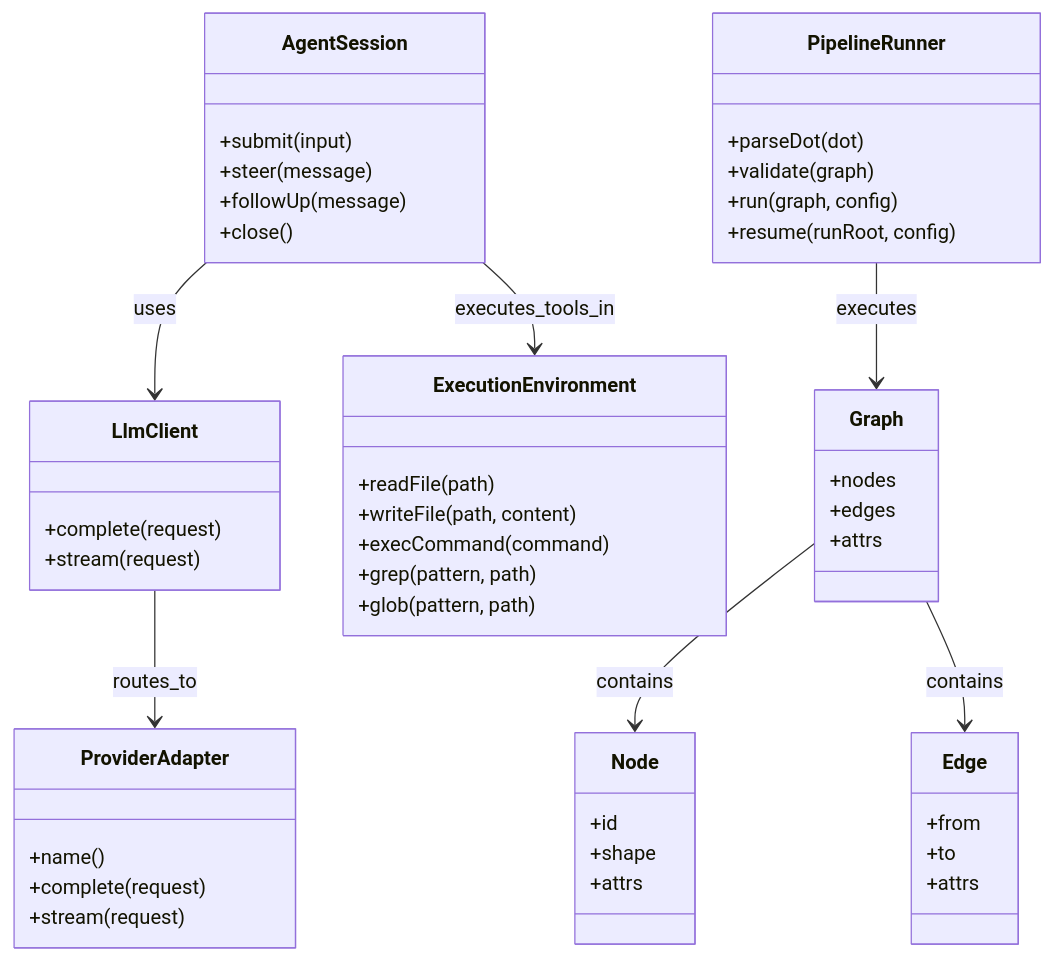
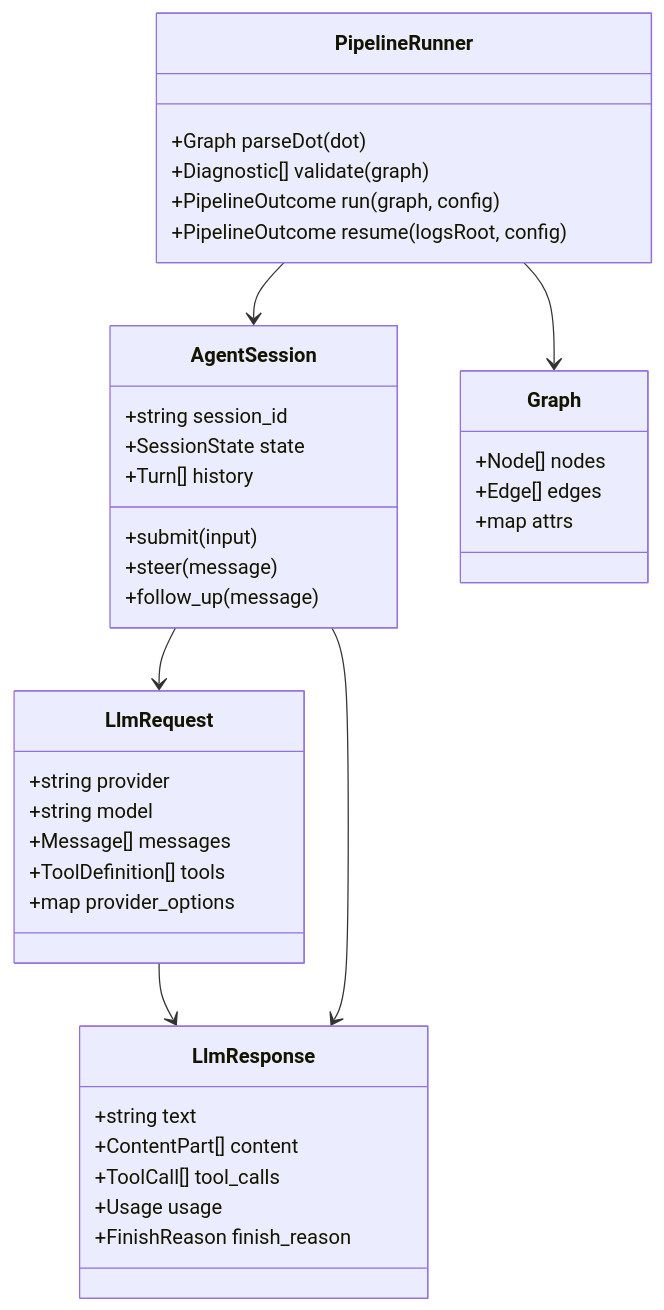
Before and after one commit to jaytaylor/attractor-php: the first of 5 diagrams in docs/sprints/SPRINT-001-comprehensive-implementation-plan.md, drawn with Mermaid. The commit also changed other lines of this file, not shown here.

Commit message:
docs: reset sprint 001 comprehensive plan to execution checklist

````diff
--- a/docs/sprints/SPRINT-001-comprehensive-implementation-plan.md
+++ b/docs/sprints/SPRINT-001-comprehensive-implementation-plan.md
@@ -466,60 +579,46 @@
 ```mermaid
 classDiagram
-    class LlmClient {
-      +complete(request)
-      +stream(request)
+    class LlmRequest {
+      +string provider
+      +string model
+      +Message[] messages
+      +ToolDefinition[] tools
+      +map provider_options
     }
 
-    class ProviderAdapter {
-      +name()
-      +complete(request)
-      +stream(request)
+    class LlmResponse {
+      +string text
+      +ContentPart[] content
+      +ToolCall[] tool_calls
+      +Usage usage
+      +FinishReason finish_reason
     }
 
     class AgentSession {
+      +string session_id
+      +SessionState state
+      +Turn[] history
       +submit(input)
       +steer(message)
-      +followUp(message)
-      +close()
-    }
-
-    class ExecutionEnvironment {
-      +readFile(path)
-      +writeFile(path, content)
-      +execCommand(command)
-      +grep(pattern, path)
-      +glob(pattern, path)
+      +follow_up(message)
     }
 
     class PipelineRunner {
-      +parseDot(dot)
-      +validate(graph)
-      +run(graph, config)
-      +resume(runRoot, config)
+      +Graph parseDot(dot)
+      +Diagnostic[] validate(graph)
+      +PipelineOutcome run(graph, config)
+      +PipelineOutcome resume(logsRoot, config)
     }
 
     class Graph {
-      +nodes
-      +edges
-      +attrs
+      +Node[] nodes
+      +Edge[] edges
+      +map attrs
     }
 
-    class Node {
-      +id
-      +shape
-      +attrs
-    }
-
-    class Edge {
-      +from
-      +to
-      +attrs
-    }
-
-    LlmClient --> ProviderAdapter : routes_to
-    AgentSession --> LlmClient : uses
-    AgentSession --> ExecutionEnvironment : executes_tools_in
-    PipelineRunner --> Graph : executes
-    Graph --> Node : contains
-    Graph --> Edge : contains
+    LlmRequest --> LlmResponse
+    AgentSession --> LlmRequest
+    AgentSession --> LlmResponse
+    PipelineRunner --> Graph
+    PipelineRunner --> AgentSession
 ```
````
